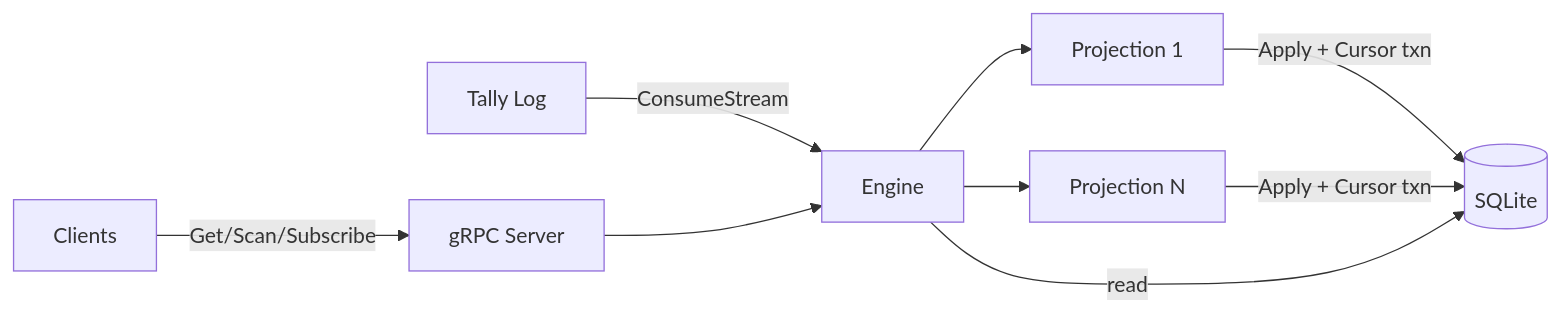
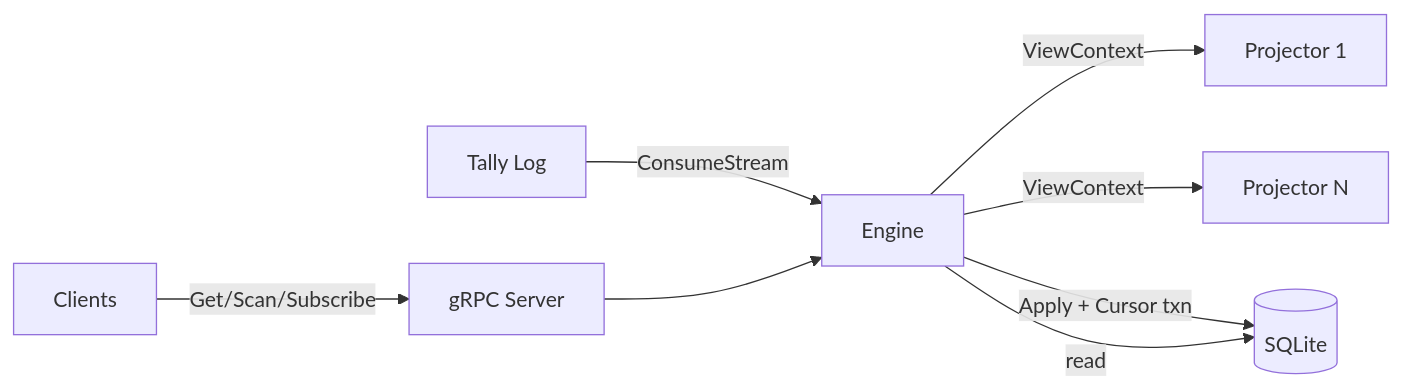
One commit to w-h-a/prism changed the diagram in README.md. Above: the diagram before and after it, drawn with Mermaid. The commit also changed 4 other files, not shown here.

````diff
--- a/README.md
+++ b/README.md
@@ -19,11 +19,10 @@
 ```mermaid
 flowchart LR           
       T[Tally Log] -->|ConsumeStream| E[Engine]
-      E --> P1[Projection 1]
-      E --> P2[Projection N]
-      P1 -->|Apply + Cursor txn| S[(SQLite)]
-      P2 -->|Apply + Cursor txn| S
+      E -->|ViewContext| P1[Projector 1]
+      E -->|ViewContext| P2[Projector N]
+      E -->|Apply + Cursor txn| S[(SQLite)]
       C[Clients] -->|Get/Scan/Subscribe| G[gRPC Server]
       G --> E
       E -->|read| S
 ```
````
